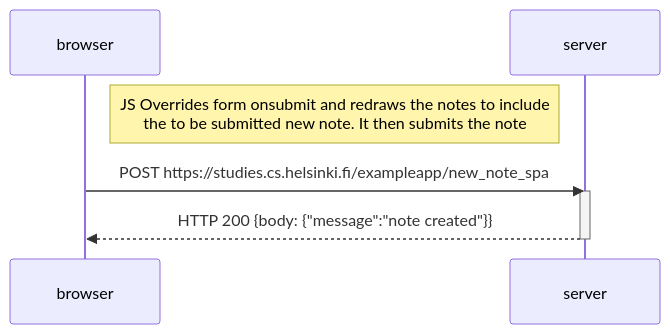
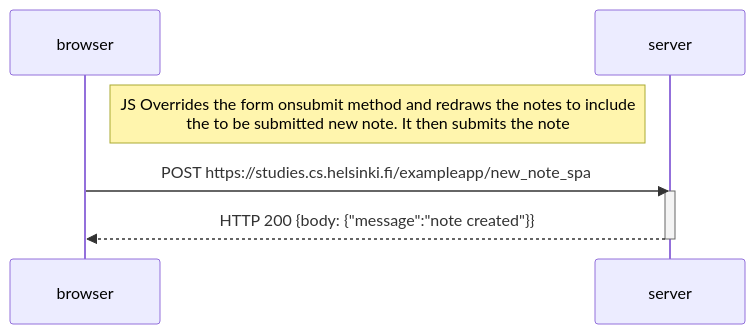
Before and after one commit to jpitkanen18/fullstackOpen: the third of 3 diagrams in part0/README.md, drawn with Mermaid.

````diff
--- a/part0/README.md
+++ b/part0/README.md
@@ -68,14 +68,14 @@
 ```mermaid
 sequenceDiagram
     participant browser
     participant server
 
-    note right of browser: JS Overrides form onsubmit and redraws the notes to include<br>the to be submitted new note. It then submits the note
+    note right of browser: JS Overrides the form onsubmit method and redraws the notes to include<br>the to be submitted new note. It then submits the note
     
     browser->>server: POST https://studies.cs.helsinki.fi/exampleapp/new_note_spa
     activate server
     server-->>browser: HTTP 200 {body: {"message":"note created"}}
     deactivate server
 
     
 ```
````
